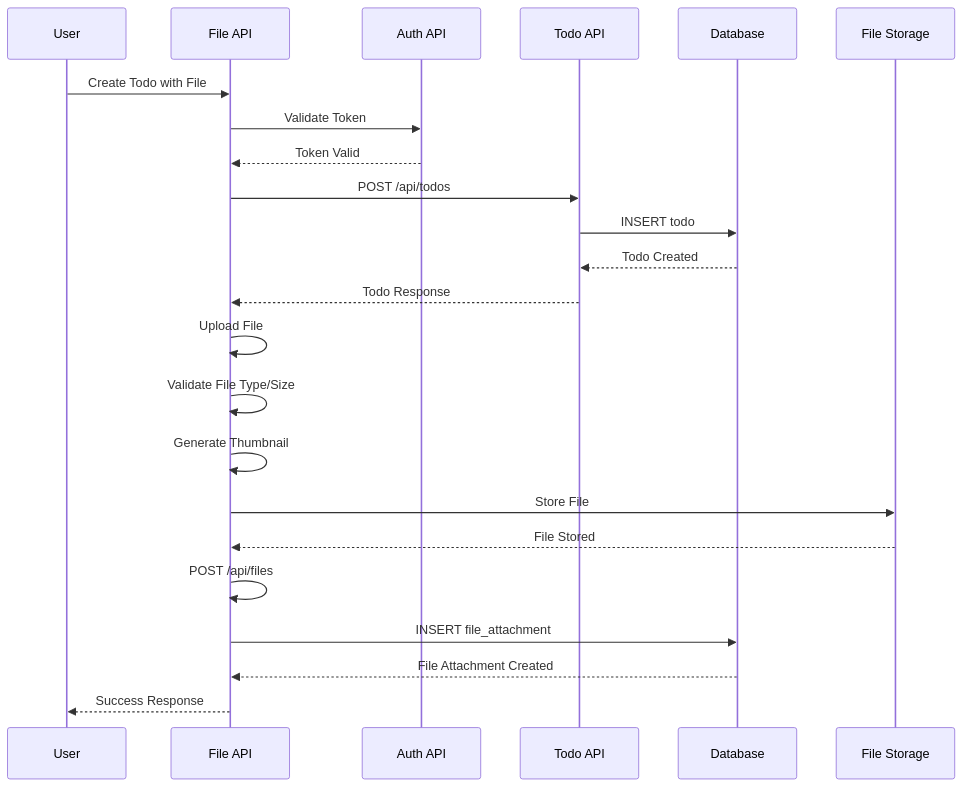
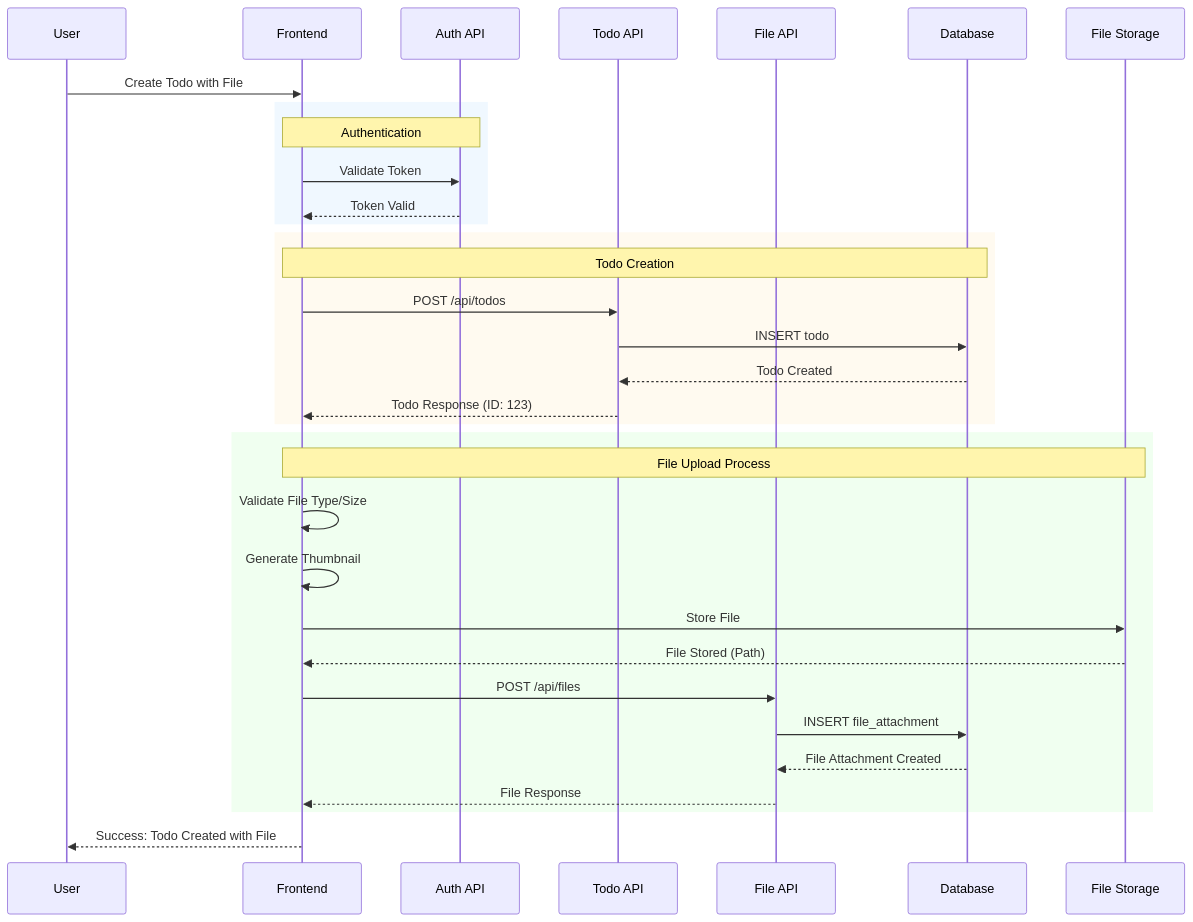
The fourth of 6 diagrams in README.md (bilalr-dev/todo_app_AWS), drawn with Mermaid before and after one commit. The commit also changed other lines of this file, not shown here.

````diff
--- a/README.md
+++ b/README.md
@@ -298,28 +281,41 @@
 ```mermaid
 sequenceDiagram
     participant U as User
-    participant F as Frontend
-    participant A as Auth API
-    participant T as Todo API
-    participant F as File API
-    participant D as Database
-    participant S as File Storage
+    participant FE as Frontend
+    participant Auth as Auth API
+    participant Todo as Todo API
+    participant File as File API
+    participant DB as Database
+    participant FS as File Storage
     
-    U->>F: Create Todo with File
-    F->>A: Validate Token
-    A-->>F: Token Valid
-    F->>T: POST /api/todos
-    T->>D: INSERT todo
-    D-->>T: Todo Created
-    T-->>F: Todo Response
+    U->>FE: Create Todo with File
     
-    F->>F: Upload File
-    F->>F: Validate File Type/Size
-    F->>F: Generate Thumbnail
-    F->>S: Store File
-    S-->>F: File Stored
-    F->>F: POST /api/files
-    F->>D: INSERT file_attachment
-    D-->>F: File Attachment Created
-    F-->>U: Success Response
+    rect rgb(240, 248, 255)
+        Note over FE,Auth: Authentication
+        FE->>Auth: Validate Token
+        Auth-->>FE: Token Valid
+    end
+    
+    rect rgb(255, 250, 240)
+        Note over FE,DB: Todo Creation
+        FE->>Todo: POST /api/todos
+        Todo->>DB: INSERT todo
+        DB-->>Todo: Todo Created
+        Todo-->>FE: Todo Response (ID: 123)
+    end
+    
+    rect rgb(240, 255, 240)
+        Note over FE,FS: File Upload Process
+        FE->>FE: Validate File Type/Size
+        FE->>FE: Generate Thumbnail
+        FE->>FS: Store File
+        FS-->>FE: File Stored (Path)
+        
+        FE->>File: POST /api/files
+        File->>DB: INSERT file_attachment
+        DB-->>File: File Attachment Created
+        File-->>FE: File Response
+    end
+    
+    FE-->>U: Success: Todo Created with File
 ```
````
